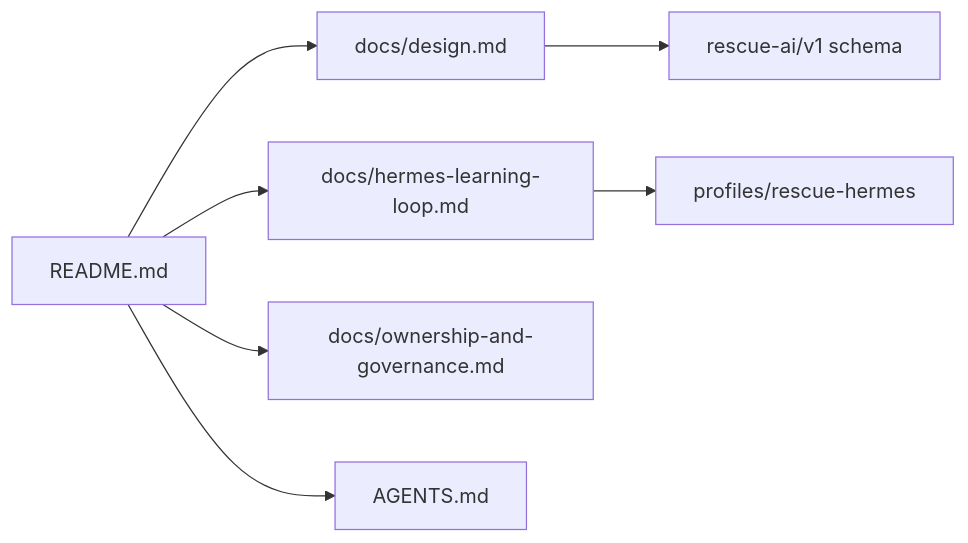
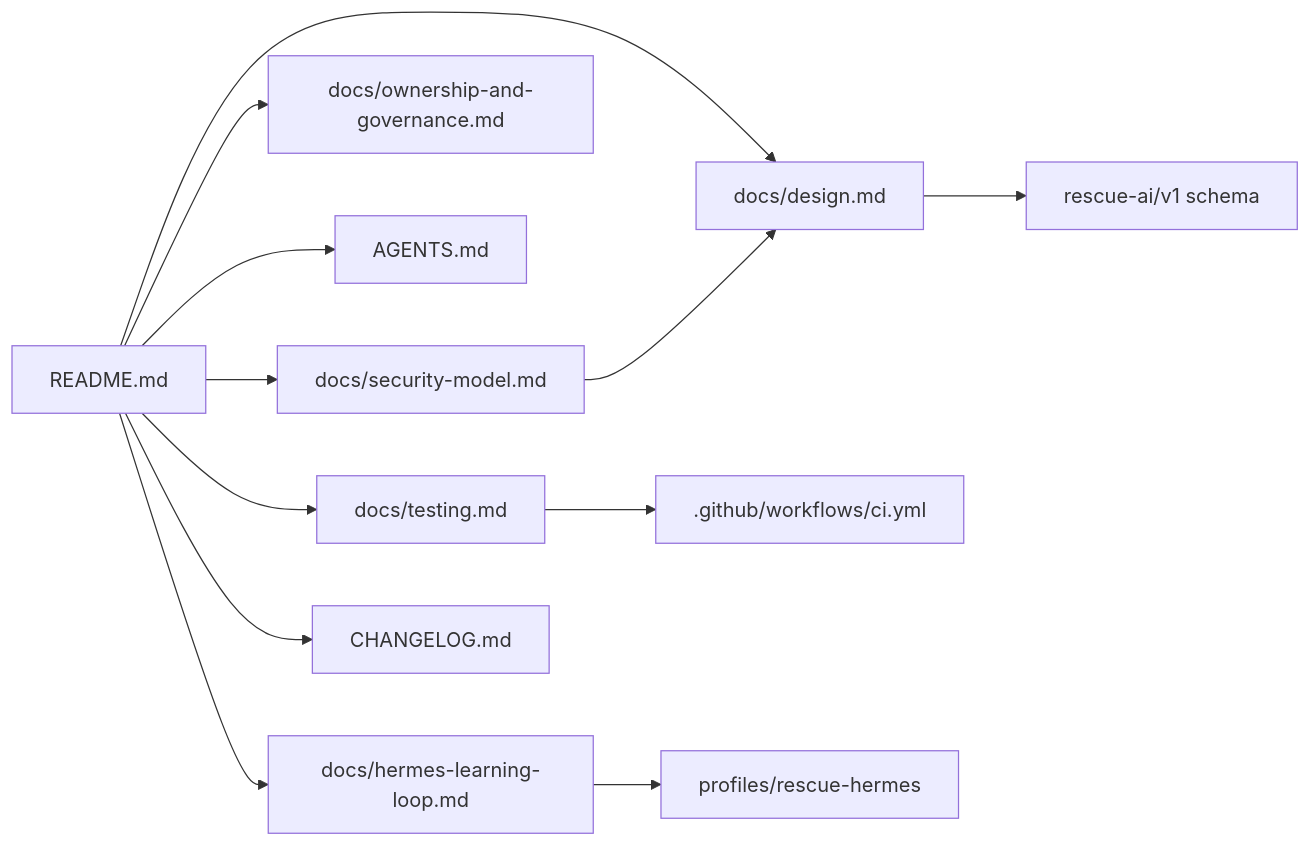
Before and after one commit to ahliweb/linux-mint-xfce-rescue-ai: the ninth of 9 diagrams in README.md, drawn with Mermaid. The commit also changed other lines of this file and 8 other files, not shown here.

````diff
--- a/README.md
+++ b/README.md
@@ -198,9 +237,14 @@
 ```mermaid
 flowchart LR
     README[README.md] --> DESIGN[docs/design.md]
     README --> LOOP[docs/hermes-learning-loop.md]
     README --> GOV[docs/ownership-and-governance.md]
     README --> AGENTS[AGENTS.md]
+    README --> TEST[docs/testing.md]
+    README --> SEC[docs/security-model.md]
+    README --> CHG[CHANGELOG.md]
     DESIGN --> SCHEMA[rescue-ai/v1 schema]
+    SEC --> DESIGN
+    TEST --> CI[.github/workflows/ci.yml]
     LOOP --> PROFILE[profiles/rescue-hermes]
 ```
````
